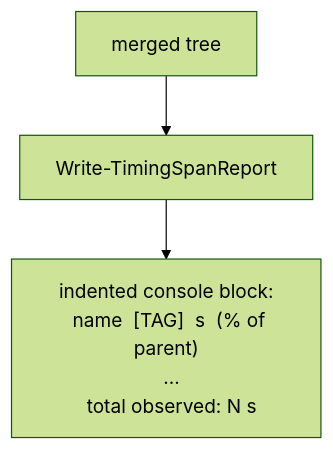
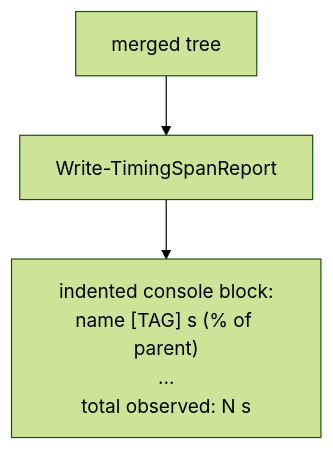
Before and after one commit to VitaliiAndreev/Infrastructure-Common: the third of 14 diagrams in docs/dev/implementation/88-cross-process-instrumentation-and-reporting/plan.md, drawn with Mermaid (forest theme). The commit also changed other lines of this file, not shown here.

Commit message:
docs: fix diagram syntax

````diff
--- a/docs/dev/implementation/88-cross-process-instrumentation-and-reporting/plan.md
+++ b/docs/dev/implementation/88-cross-process-instrumentation-and-reporting/plan.md
@@ -156,8 +156,5 @@
 ```mermaid
 flowchart TD
   tree["merged tree"] --> R["Write-TimingSpanReport"]
-  R --> out["indented console block:
-  name  [TAG]  s  (% of parent)
-  ...
-  total observed: N s"]
+  R --> out["indented console block:<br/>name [TAG] s (% of parent)<br/>...<br/>total observed: N s"]
 ```
````
